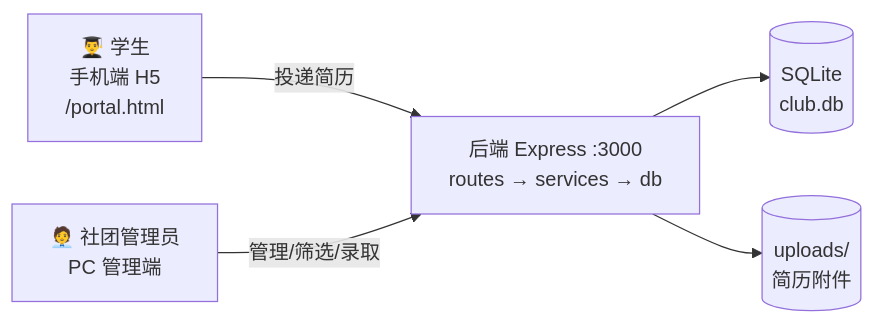
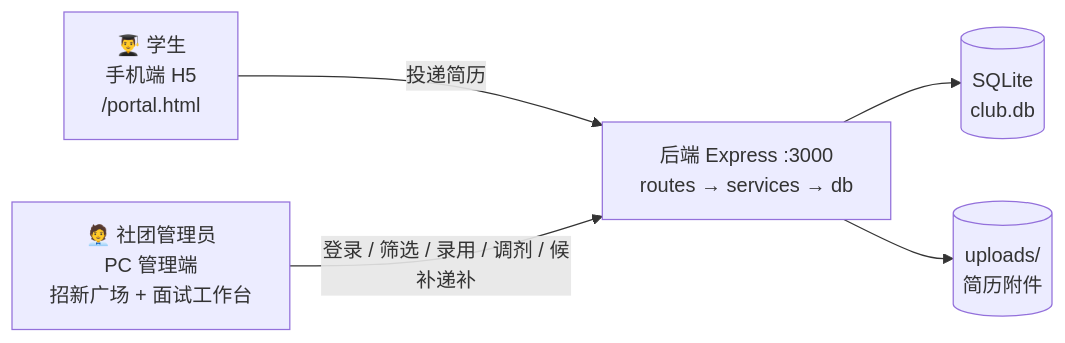
The diagram in README.md (LLLDIOT/community), drawn with Mermaid before and after one commit. The commit also changed other lines of this file and 37 other files, not shown here.

````diff
--- a/README.md
+++ b/README.md
@@ -12,7 +14,7 @@
 ```mermaid
 flowchart LR
     S["👨‍🎓 学生<br/>手机端 H5<br/>/portal.html"] -->|"投递简历"| API
-    A["🧑‍💼 社团管理员<br/>PC 管理端"] -->|"管理/筛选/录取"| API
+    A["🧑‍💼 社团管理员<br/>PC 管理端<br/>招新广场 + 面试工作台"] -->|"登录 / 筛选 / 录用 / 调剂 / 候补递补"| API
     API["后端 Express :3000<br/>routes → services → db"] --> DB[("SQLite<br/>club.db")]
     API --> UP[("uploads/<br/>简历附件")]
 ```
````
